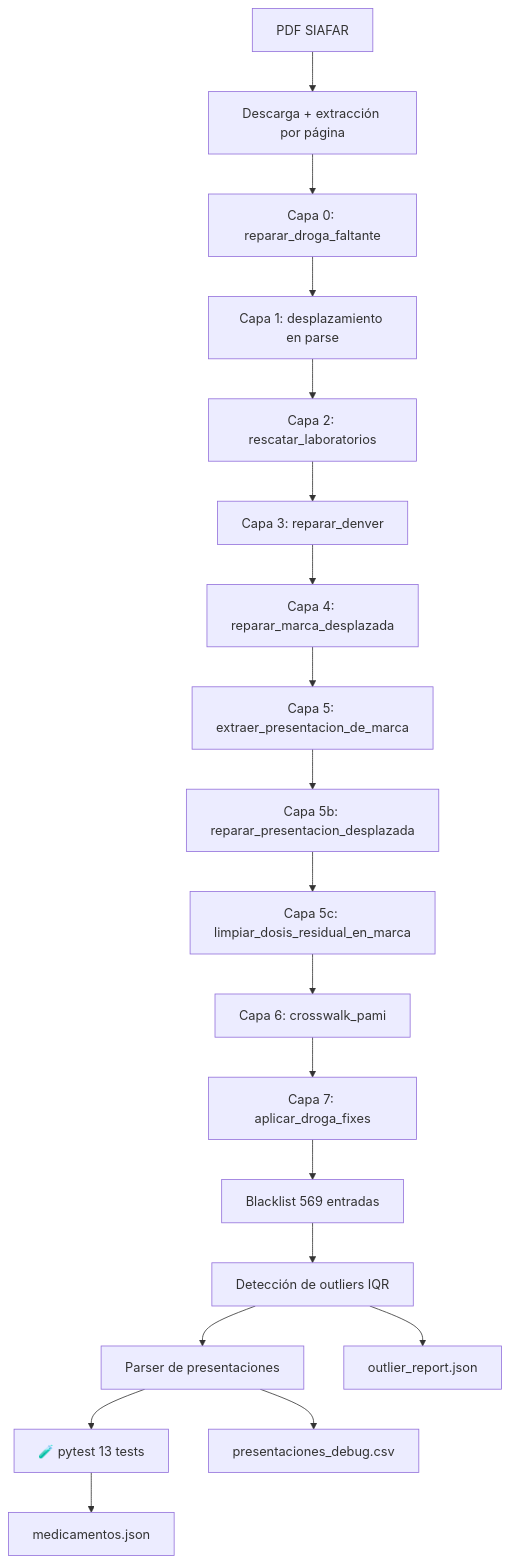
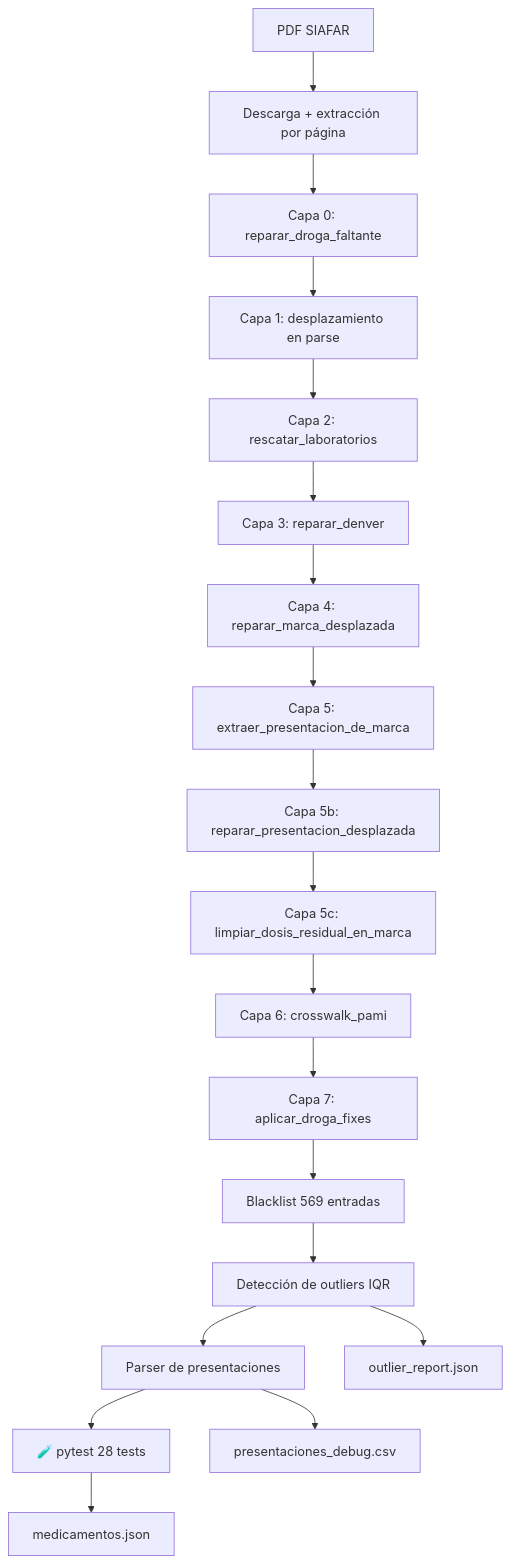
One commit to psbella/remediar changed the fourth of 9 diagrams in README.md. Above: the diagram before and after it, drawn with Mermaid. The commit also changed other lines of this file and 4 other files, not shown here.

````diff
--- a/README.md
+++ b/README.md
@@ -945,42 +945,42 @@
 ```mermaid
 flowchart TD
 
     A[PDF SIAFAR]
     B[Descarga + extracción por página]
     C0[Capa 0: reparar_droga_faltante]
     C1[Capa 1: desplazamiento en parse]
     C2[Capa 2: rescatar_laboratorios]
     C3[Capa 3: reparar_denver]
     C4[Capa 4: reparar_marca_desplazada]
     C5[Capa 5: extraer_presentacion_de_marca]
     C5B[Capa 5b: reparar_presentacion_desplazada]
     C5C[Capa 5c: limpiar_dosis_residual_en_marca]
     C6[Capa 6: crosswalk_pami]
     C7[Capa 7: aplicar_droga_fixes]
     BL[Blacklist 569 entradas]
     OUT[Detección de outliers IQR]
     PRES[Parser de presentaciones]
-    T[🧪 pytest 13 tests]
+    T[🧪 pytest 28 tests]
     JSON[medicamentos.json]
     DEBUG[presentaciones_debug.csv]
     REPORT[outlier_report.json]
 
     A --> B
     B --> C0
     C0 --> C1
     C1 --> C2
     C2 --> C3
     C3 --> C4
     C4 --> C5
     C5 --> C5B
     C5B --> C5C
     C5C --> C6
     C6 --> C7
     C7 --> BL
     BL --> OUT
     OUT --> PRES
     PRES --> T
     T --> JSON
     PRES --> DEBUG
     OUT --> REPORT
 ```
````
